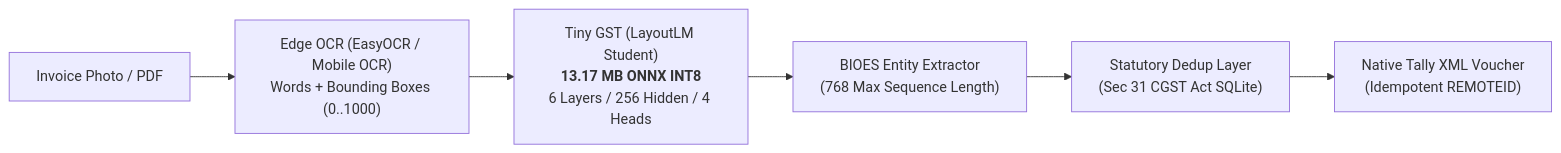
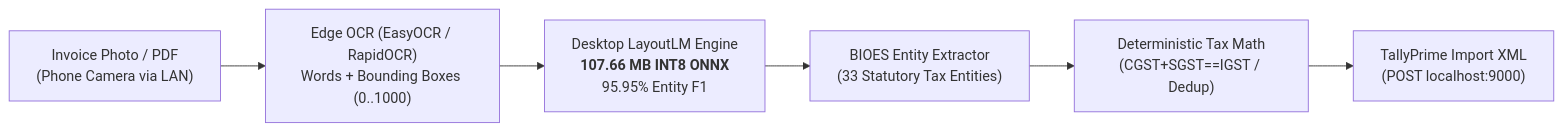
One commit to sanprat/GstEngine changed the diagram in README.md. Above: the diagram before and after it, drawn with Mermaid. The commit also changed other lines of this file and 20 other files, not shown here.

Commit message:
feat(engine): release v2.0 Desktop LayoutLM Engine (95.95% F1) & fetch script

````diff
--- a/README.md
+++ b/README.md
@@ -42,8 +86,8 @@
 ```mermaid
 flowchart LR
-    Scan["Invoice Photo / PDF"] --> OCR["Edge OCR (EasyOCR / Mobile OCR)<br/>Words + Bounding Boxes (0..1000)"]
-    OCR --> Student["Tiny GST (LayoutLM Student)<br/><b>13.17 MB ONNX INT8</b><br/>6 Layers / 256 Hidden / 4 Heads"]
-    Student --> BIOES["BIOES Entity Extractor<br/>(768 Max Sequence Length)"]
-    BIOES --> Dedup["Statutory Dedup Layer<br/>(Sec 31 CGST Act SQLite)"]
-    Dedup --> Tally["Native Tally XML Voucher<br/>(Idempotent REMOTEID)"]
+    Scan["Invoice Photo / PDF<br/>(Phone Camera via LAN)"] --> OCR["Edge OCR (EasyOCR / RapidOCR)<br/>Words + Bounding Boxes (0..1000)"]
+    OCR --> Engine["Desktop LayoutLM Engine<br/><b>107.66 MB INT8 ONNX</b><br/>95.95% Entity F1"]
+    Engine --> BIOES["BIOES Entity Extractor<br/>(33 Statutory Tax Entities)"]
+    BIOES --> Verify["Deterministic Tax Math<br/>(CGST+SGST==IGST / Dedup)"]
+    Verify --> Tally["TallyPrime Import XML<br/>(POST localhost:9000)"]
 ```
````
